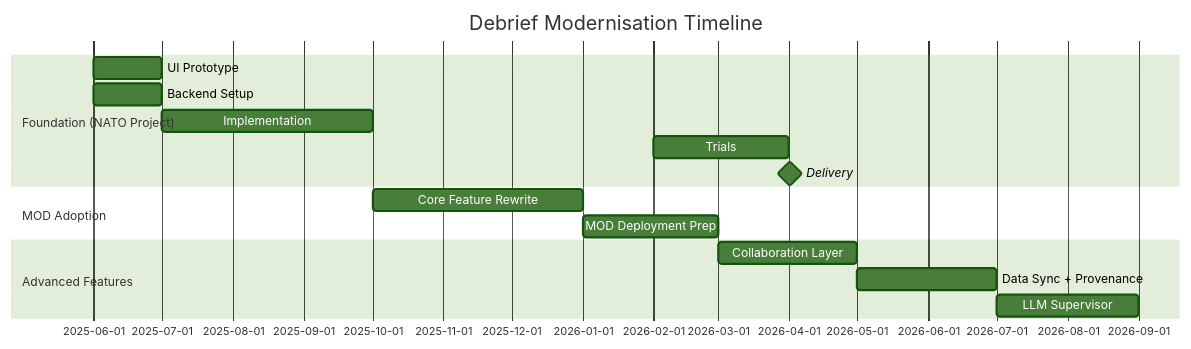
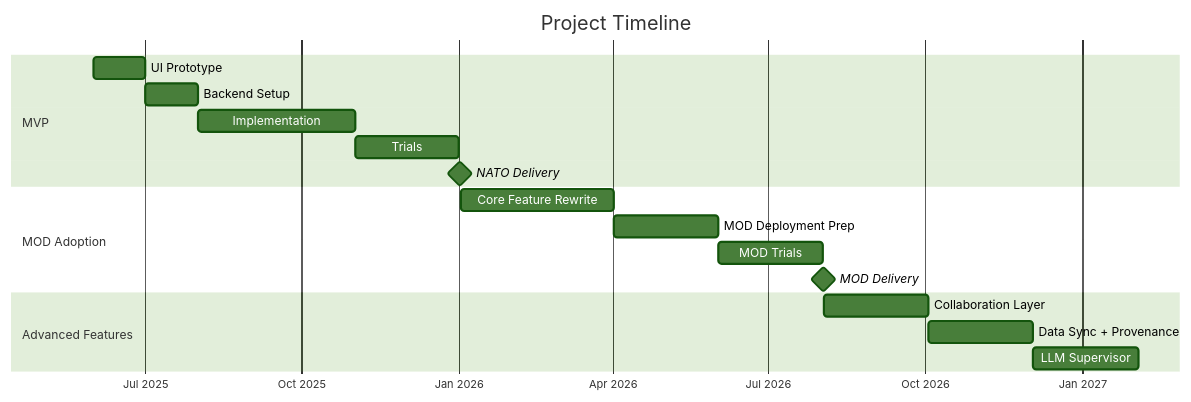
The diagram in future/value-proposition.md (debrief/debrief.github.io), drawn with Mermaid (forest theme) before and after one commit.

Commit message:
relative dates

````diff
--- a/future/value-proposition.md
+++ b/future/value-proposition.md
@@ -61,18 +61,24 @@
 ``` mermaid
 gantt
-  title Debrief Modernisation Timeline
-  dateFormat  YYYY-MM
-  section Foundation (NATO Project)
-  UI Prototype        :    des1, 2025-06, 1M
-  Backend Setup       :    des2, 2025-06, 1M
-  Implementation       :    des3, 2025-07, 3M
-  Trials       :    des4, 2026-02, 2M
-  Delivery: milestone, m1, 2026-04, 1d
-  section MOD Adoption
-  Core Feature Rewrite:  feat1, 2025-10, 3M
-  MOD Deployment Prep :         feat2, 2026-01, 2M
-  section Advanced Features
-  Collaboration Layer :         adv1,  2026-03, 2M
-  Data Sync + Provenance:       adv2,  2026-05, 2M
-  LLM Supervisor: llm1, 2026-07, 2M
+    title Project Timeline
+    dateFormat  YYYY-MM
+    axisFormat %b %Y
+    
+    section MVP
+    UI Prototype        :    des1, 2025-06, 1M
+    Backend Setup       :    des2, after des1, 1M
+    Implementation      :    des3, after des2, 3M
+    Trials              :    des4, after des3, 2M
+    NATO Delivery            :    milestone, m1, after des4, 1d
+    
+    section MOD Adoption
+    Core Feature Rewrite:    feat1, after m1, 3M
+    MOD Deployment Prep :    feat2, after feat1, 2M
+    MOD Trials :    feat3, after feat2, 2M
+    MOD Delivery            :    milestone, m2, after feat3, 1d
+    
+    section Advanced Features
+    Collaboration Layer :    adv1, after m2, 2M
+    Data Sync + Provenance: adv2, after adv1, 2M
+    LLM Supervisor      :    llm1, after adv2, 2M
 ```
````
